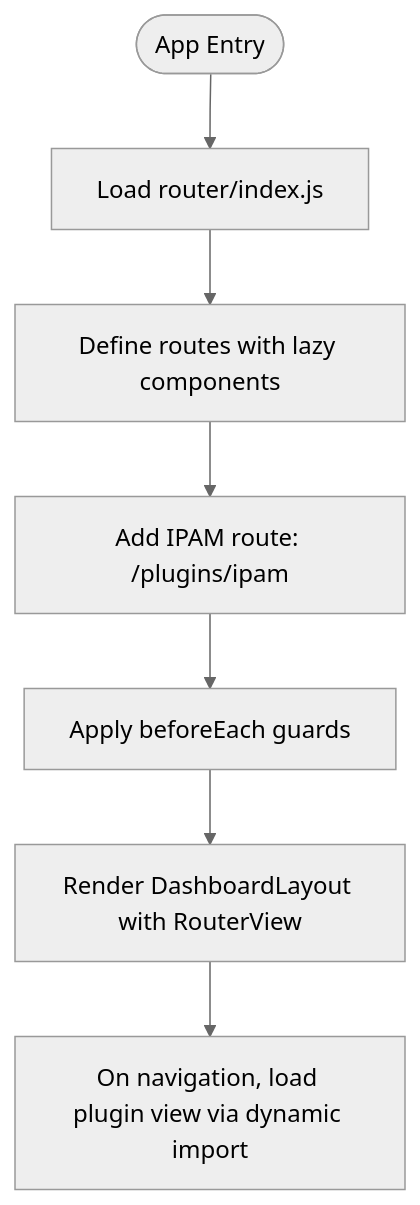
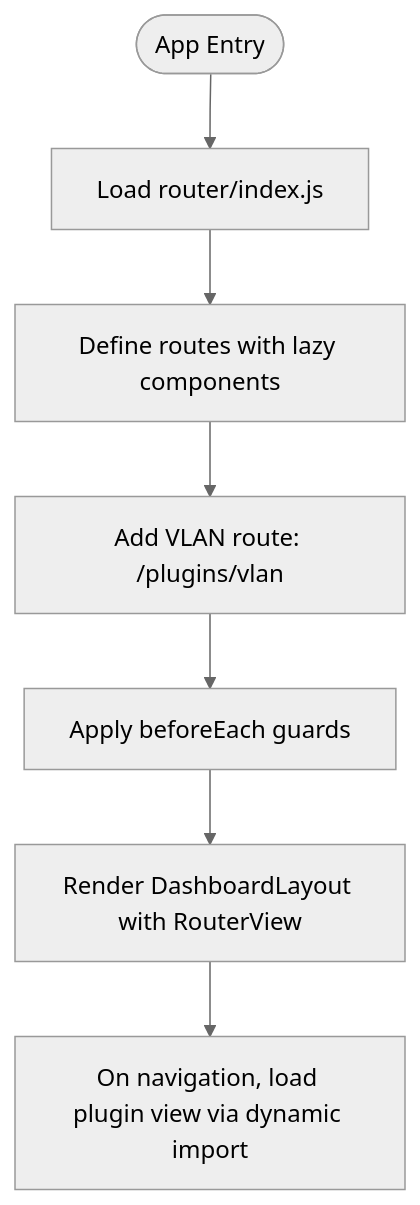
One commit to Nikita5543/New-SSO-02 changed the seventh of 11 diagrams in .qoder/repowiki/en/content/Plugin System Architecture/Frontend Plugin Integration.md. Above: the diagram before and after it, drawn with Mermaid (neutral theme). The commit also changed other lines of this file and 4 other files, not shown here.

````diff
--- a/.qoder/repowiki/en/content/Plugin System Architecture/Frontend Plugin Integration.md
+++ b/.qoder/repowiki/en/content/Plugin System Architecture/Frontend Plugin Integration.md
@@ -268,9 +314,9 @@
 ```mermaid
 flowchart TD
 Entry(["App Entry"]) --> LoadRouter["Load router/index.js"]
 LoadRouter --> DefineRoutes["Define routes with lazy components"]
-DefineRoutes --> AddIPAM["Add IPAM route: /plugins/ipam"]
-AddIPAM --> Guard["Apply beforeEach guards"]
+DefineRoutes --> AddVLAN["Add VLAN route: /plugins/vlan"]
+AddVLAN --> Guard["Apply beforeEach guards"]
 Guard --> Render["Render DashboardLayout with RouterView"]
 Render --> Lazy["On navigation, load plugin view via dynamic import"]
 ```
````
